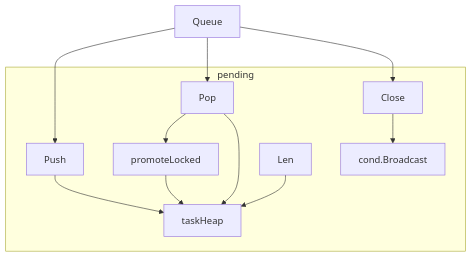
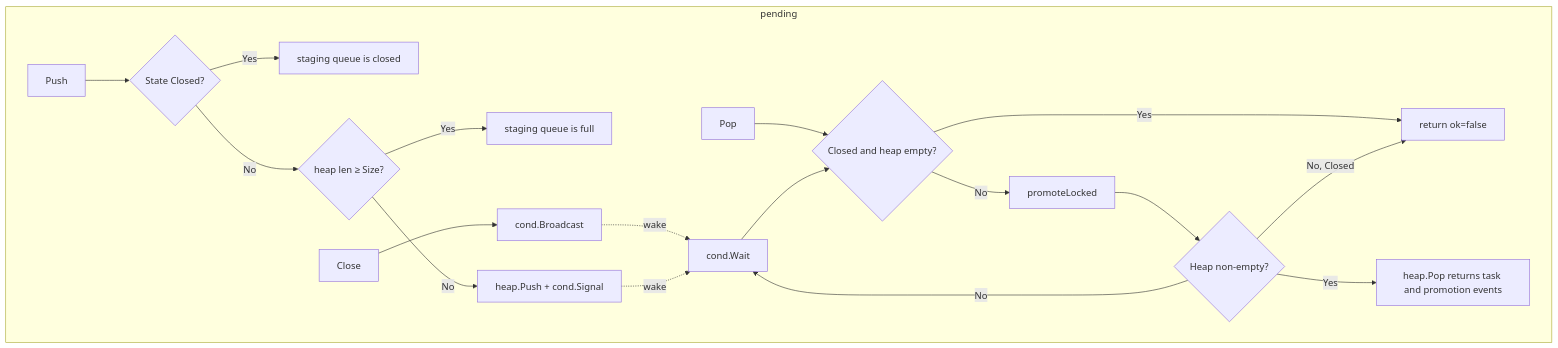
Before and after one commit to pardnchiu/go-queue: the third of 9 diagrams in doc/architecture.md, drawn with Mermaid. The commit also changed other lines of this file and 7 other files, not shown here.

Commit message:
doc: Regenerate bilingual README, usage docs, and architecture for core package

````diff
--- a/doc/architecture.md
+++ b/doc/architecture.md
@@ -48,14 +53,21 @@
 ```mermaid
 graph TB
     subgraph pending
-        Push[Push] --> Heap[taskHeap]
-        Pop[Pop] --> Promote[promoteLocked]
-        Promote --> Heap
-        Pop --> Heap
-        Close[Close] --> Broadcast[cond.Broadcast]
-        Len[Len] --> Heap
+        PS[Push] --> CK{State Closed?}
+        CK -->|Yes| E1[staging queue is closed]
+        CK -->|No| SZ{heap len ≥ Size?}
+        SZ -->|Yes| E2[staging queue is full]
+        SZ -->|No| HP[heap.Push + cond.Signal]
+        PO[Pop] --> LP{Closed and heap empty?}
+        LP -->|Yes| EXIT[return ok=false]
+        LP -->|No| PM[promoteLocked]
+        PM --> HN{Heap non-empty?}
+        HN -->|Yes| POP[heap.Pop returns task and promotion events]
+        HN -->|No, Closed| EXIT
+        HN -->|No| WT[cond.Wait]
+        WT --> LP
+        CLS[Close] --> BC[cond.Broadcast]
     end
-    Queue[Queue] --> Push
-    Queue --> Pop
-    Queue --> Close
+    BC -.->|wake| WT
+    HP -.->|wake| WT
 ```
````
